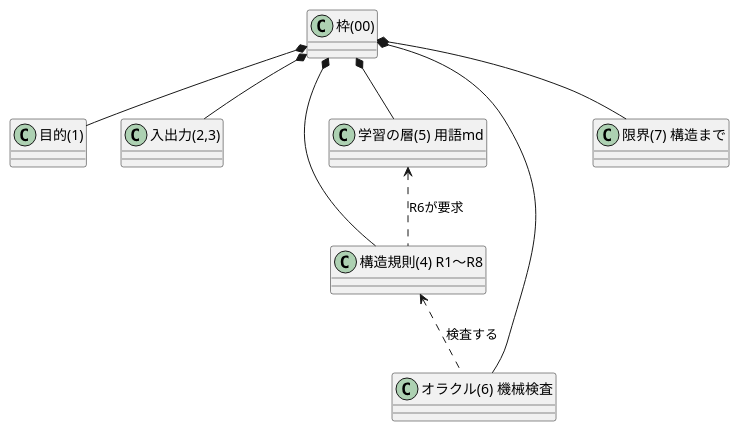
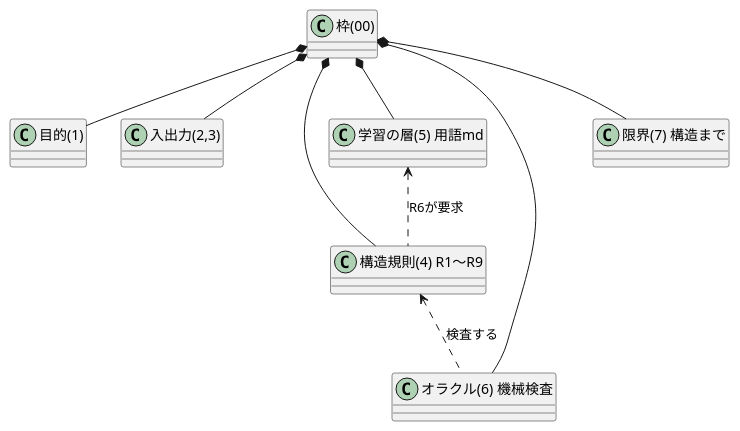
One commit to hatohato-lab/fractal-spec-agent changed the diagram in samples/reference/00_枠.md. Above: the diagram before and after it, drawn with PlantUML. The commit also changed other lines of this file and 20 other files, not shown here.

````diff
--- a/samples/reference/00_枠.md
+++ b/samples/reference/00_枠.md
@@ -23,19 +24,19 @@
 ```plantuml
 @startuml
 class "枠(00)" as F
 class "目的(1)" as G
 class "入出力(2,3)" as IO
-class "構造規則(4) R1〜R8" as R
+class "構造規則(4) R1〜R9" as R
 class "学習の層(5) 用語md" as L
 class "オラクル(6) 機械検査" as O
 class "限界(7) 構造まで" as X
 F *-- G
 F *-- IO
 F *-- R
 F *-- L
 F *-- O
 F *-- X
 R <.. O : 検査する
 L <.. R : R6が要求
 @enduml
 ```
````
